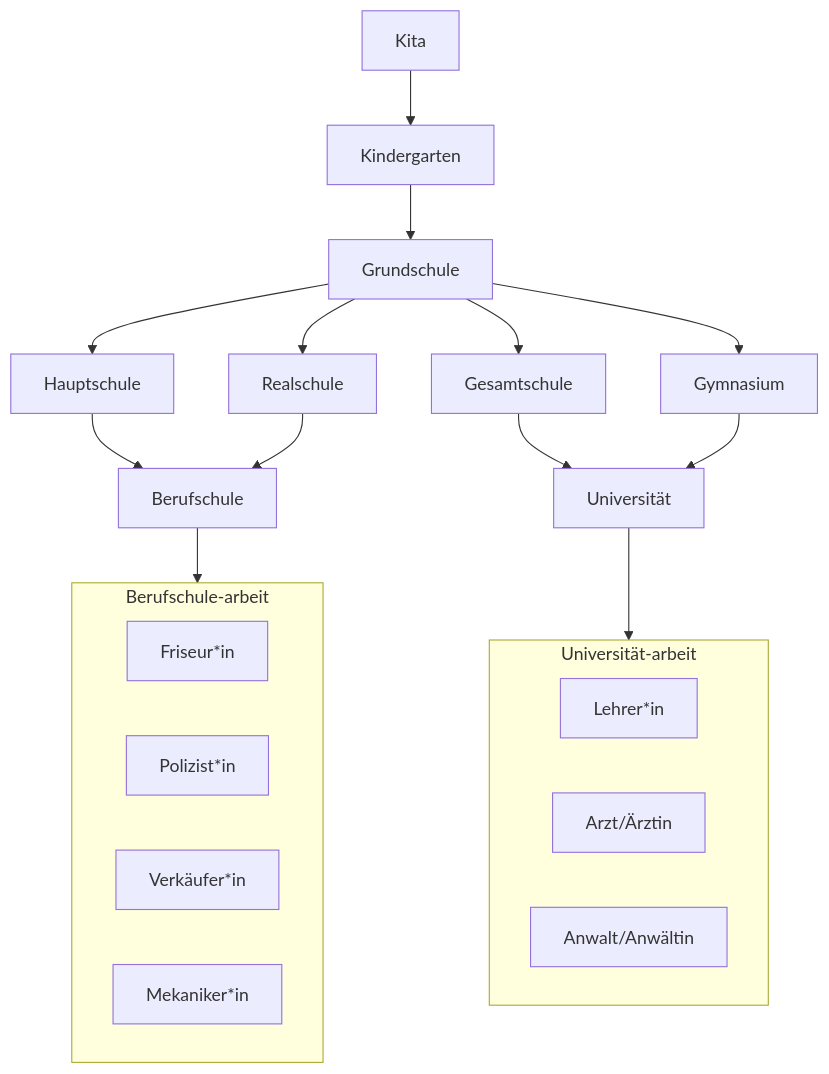
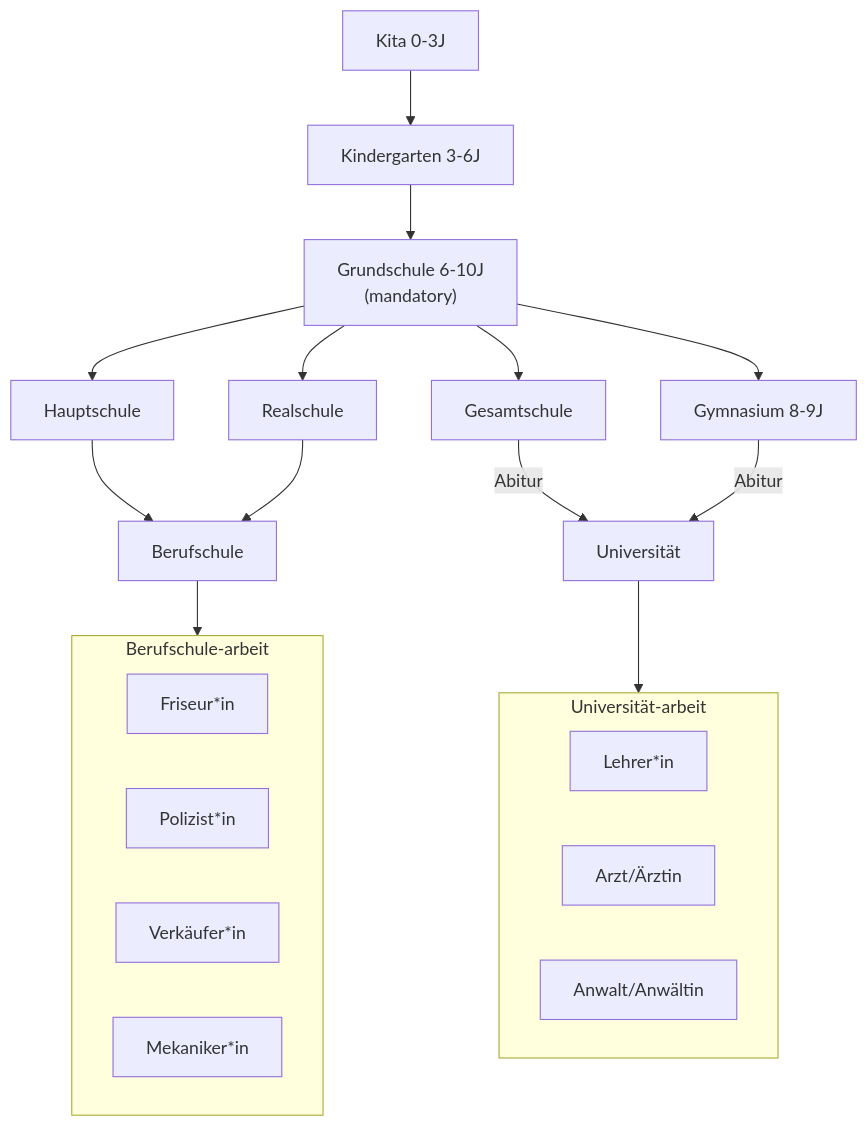
One commit to applejag/notes changed the diagram in content/german-school-system.md. Above: the diagram before and after it, drawn with Mermaid.

Commit message:
Added jahres

````diff
--- a/content/german-school-system.md
+++ b/content/german-school-system.md
@@ -7,22 +7,22 @@
 ```mermaid
 flowchart TB
-    Kita --> Kindergarten --> Grundschule
-    Grundschule --> Hauptschule & Realschule & Gesamtschule & Gymnasium
+    Kita["Kita 0-3J"] --> Kindergarten["Kindergarten 3-6J"] --> Grundschule["Grundschule 6-10J\n(mandatory)"]
+    Grundschule --> Hauptschule & Realschule & Gesamtschule & Gymnasium["Gymnasium 8-9J"]
     Hauptschule & Realschule --> Berufschule
-    Gesamtschule & Gymnasium --> Universität
+    Gesamtschule & Gymnasium -->|Abitur| Universität
 
     Berufschule --> Berufschule-arbeit
     subgraph Berufschule-arbeit
         Friseur*in
         Polizist*in
         Verkäufer*in
         Mekaniker*in
     end
 
     Universität --> Universität-arbeit
     subgraph Universität-arbeit
         Lehrer*in
         Arzt/Ärztin
         Anwalt/Anwältin
     end
 ```
````
